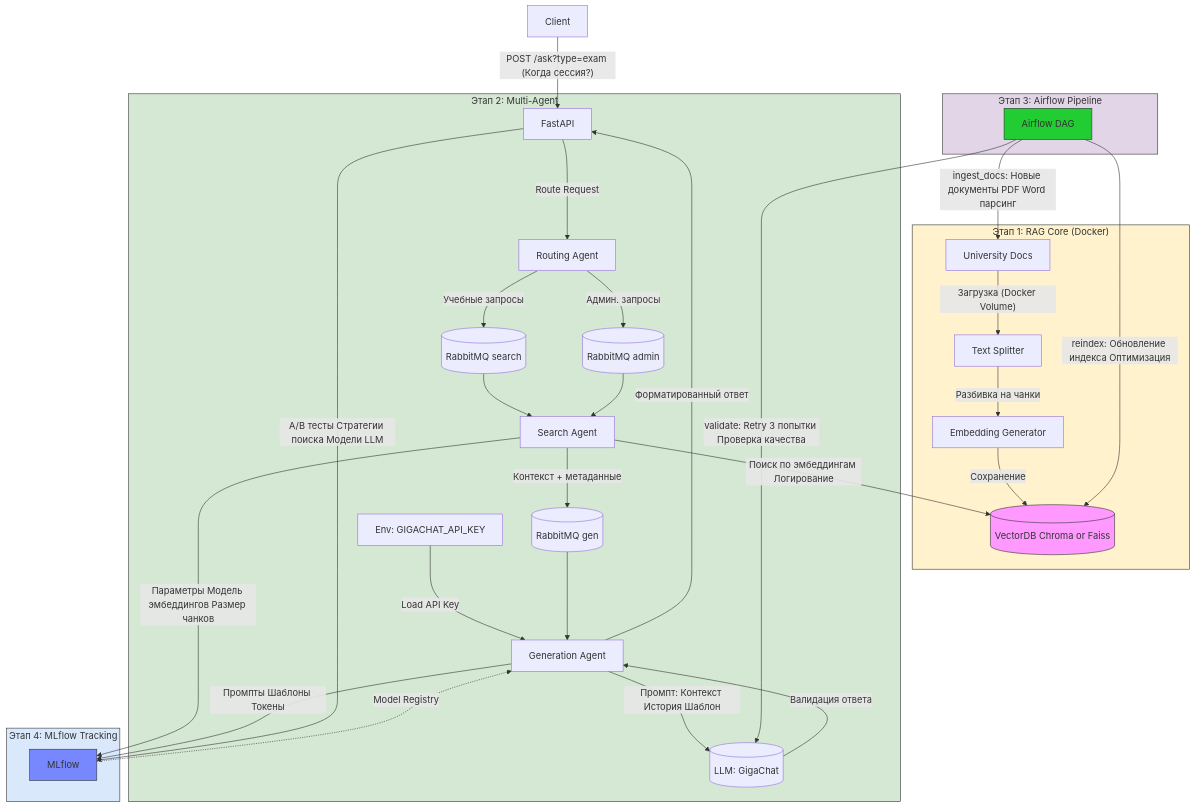
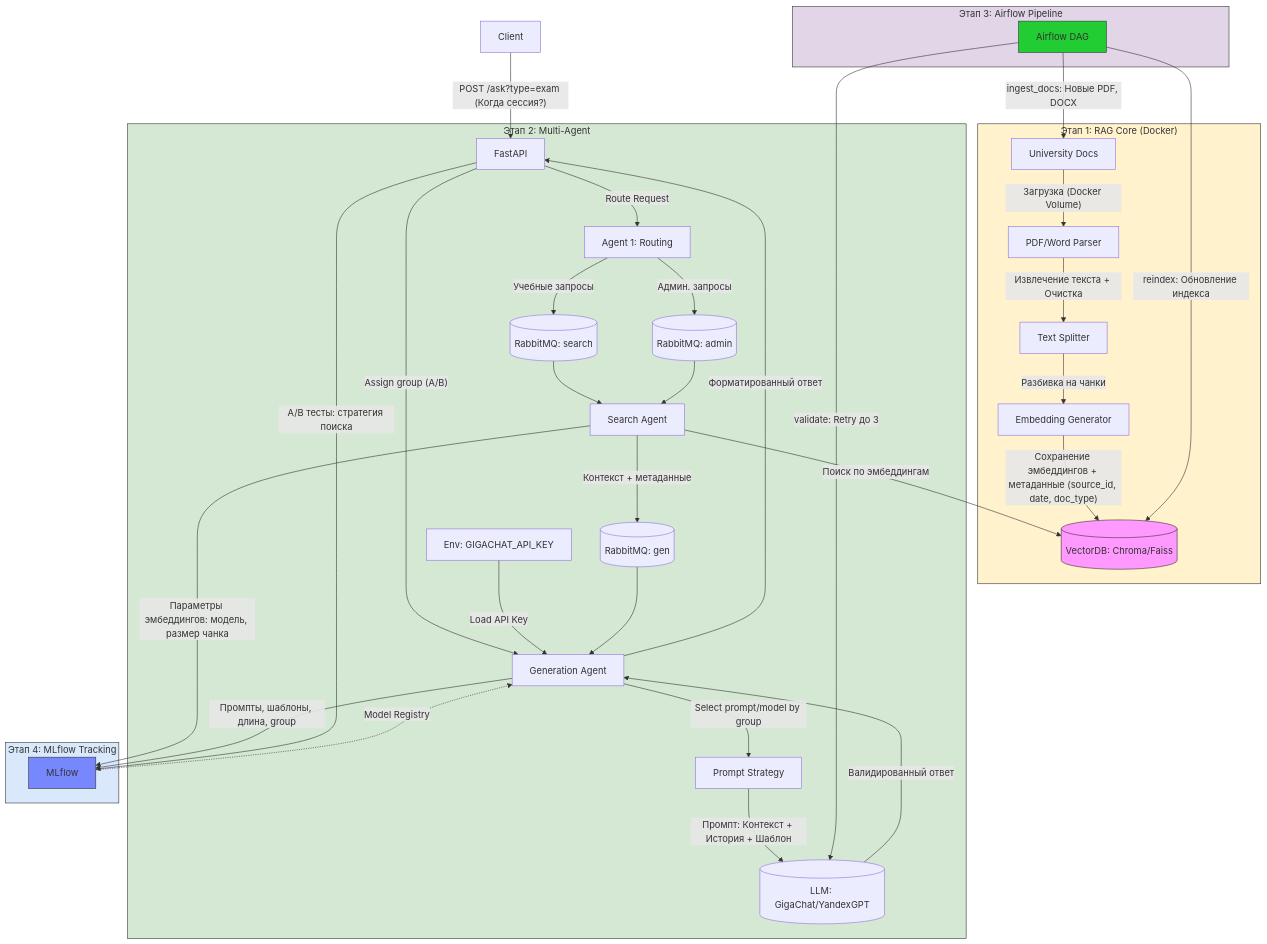
The first of 2 diagrams in README.md (BandrD/assistant-_for_un), drawn with Mermaid before and after one commit. The commit also changed other lines of this file, not shown here.

````diff
--- a/README.md
+++ b/README.md
@@ -12,54 +12,57 @@
 ```mermaid
 flowchart TD
     %% ===== Этап 1: RAG-система =====
     subgraph RAG["Этап 1: RAG Core (Docker)"]
-        D[University Docs] -->|"Загрузка (Docker Volume)"| TS[Text Splitter]
-        TS -->|Разбивка на чанки| EG[Embedding Generator]
-        EG -->|Сохранение| VDB[(VectorDB Chroma or Faiss)]
+        D[University Docs] -->|"Загрузка (Docker Volume)"| PARSER[PDF/Word Parser]
+        PARSER -->|"Извлечение текста + Очистка"| TS[Text Splitter]
+        TS -->|"Разбивка на чанки"| EG[Embedding Generator]
+        EG -->|"Сохранение эмбеддингов + метаданные (source_id, date, doc_type)"| VDB[(VectorDB: Chroma/Faiss)]
         style VDB fill:#f9f,stroke:#333
     end
 
     %% ===== Клиентский запрос =====
     C[Client] -->|"POST /ask?type=exam (Когда сессия?)"| API[FastAPI]
-    API -->|Route Request| A1[Routing Agent]
+    API -->|"Route Request"| A1[Agent 1: Routing]
+
+    %% ===== A/B тестирование пометка =====
+    API -->|"Assign group (A/B)"| A3[Generation Agent]
 
     %% ===== Этап 2: Агенты =====
     subgraph MA["Этап 2: Multi-Agent"]
         ENV[Env: GIGACHAT_API_KEY] -->|"Load API Key"| A3
-        A1 -->|"Учебные запросы"| Q1[(RabbitMQ search)]
-        A1 -->|"Админ. запросы"| Q2[(RabbitMQ admin)]
-        
+        A1 -->|"Учебные запросы"| Q1[(RabbitMQ: search)]
+        A1 -->|"Админ. запросы"| Q2[(RabbitMQ: admin)]
         Q1 --> A2[Search Agent]
         Q2 --> A2
-        A2 -->|"Поиск по эмбеддингам Логирование"| VDB
-        A2 -->|"Контекст + метаданные"| Q3[(RabbitMQ gen)]
-        
-        Q3 --> A3[Generation Agent]
-        A3 -->|"Промпт: Контекст История Шаблон"| LLM[(LLM: GigaChat)]
-        LLM -->|Валидация ответа| A3
-        A3 -->|Форматированный ответ| API
+        A2 -->|"Поиск по эмбеддингам"| VDB
+        A2 -->|"Контекст + метаданные"| Q3[(RabbitMQ: gen)]
+        Q3 --> A3
+        A3 -->|"Select prompt/model by group"| PROMPT[Prompt Strategy]
+        PROMPT -->|"Промпт: Контекст + История + Шаблон"| LLM[(LLM: GigaChat/YandexGPT)]
+        LLM -->|"Валидированный ответ"| A3
+        A3 -->|"Форматированный ответ"| API
     end
 
     %% ===== Этап 3: Airflow =====
     subgraph AF["Этап 3: Airflow Pipeline"]
-        DAG[Airflow DAG] -->|ingest_docs: Новые документы PDF Word парсинг| D
-        DAG -->|reindex: Обновление индекса Оптимизация| VDB
-        DAG -->|validate: Retry 3 попытки Проверка качества| LLM
+        DAG[Airflow DAG] -->|"ingest_docs: Новые PDF, DOCX"| D
+        DAG -->|"reindex: Обновление индекса"| VDB
+        DAG -->|"validate: Retry до 3"| LLM
         style DAG fill:#2c3,stroke:#333
     end
 
     %% ===== Этап 4: MLflow =====
     subgraph ML["Этап 4: MLflow Tracking"]
-        A2 -->|Параметры Модель эмбеддингов Размер чанков| MLF[MLflow]
-        A3 -->|Промпты Шаблоны Токены| MLF
-        API -->|A/B тесты Стратегии поиска Модели LLM| MLF
-        MLF -.->|Model Registry| A3
+        A2 -->|"Параметры эмбеддингов: модель, размер чанка"| MLF[MLflow]
+        A3 -->|"Промпты, шаблоны, длина, group"| MLF
+        API -->|"A/B тесты: стратегия поиска"| MLF
+        MLF -.->|"Model Registry"| A3
         style MLF fill:#78f,stroke:#333
     end
 
     %% ===== Стили =====
     style RAG fill:#fff2cc,stroke:#333
     style MA fill:#d5e8d4,stroke:#333
     style AF fill:#e1d5e7,stroke:#333
     style ML fill:#dae8fc,stroke:#333
 ```
````
